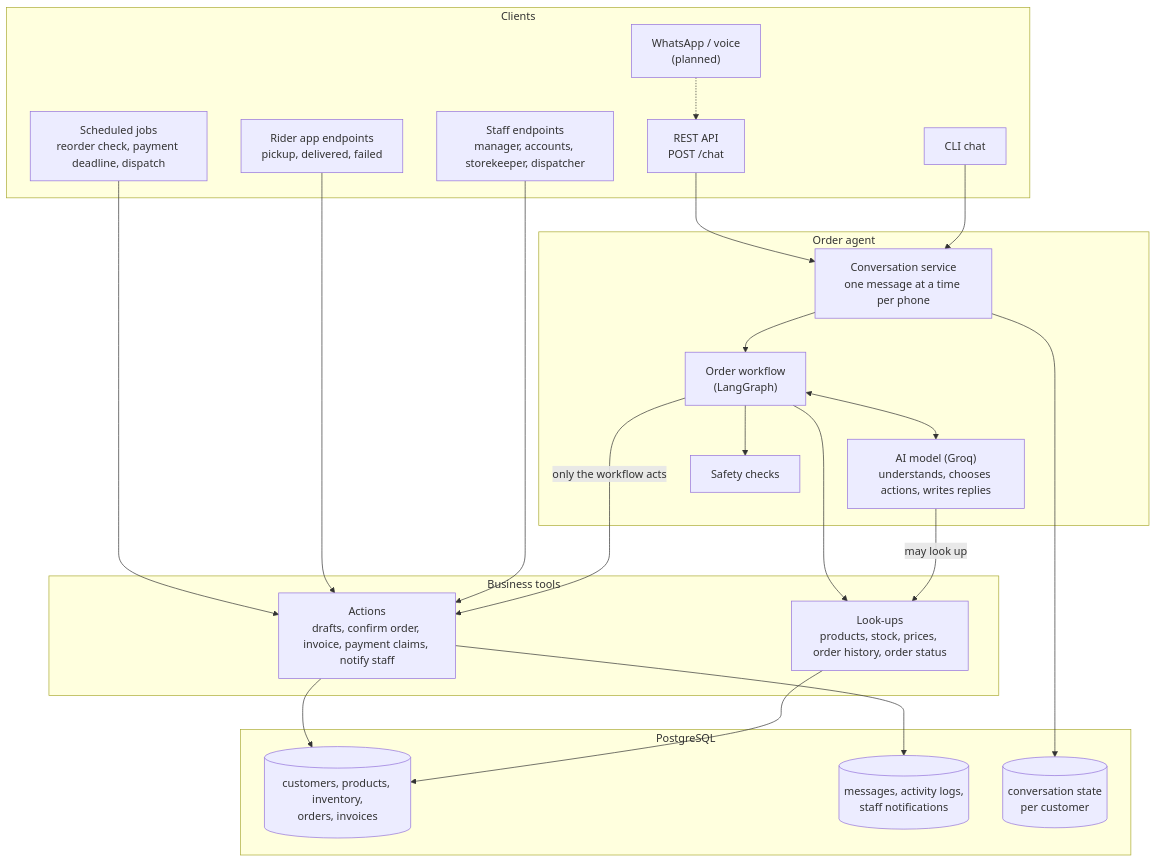
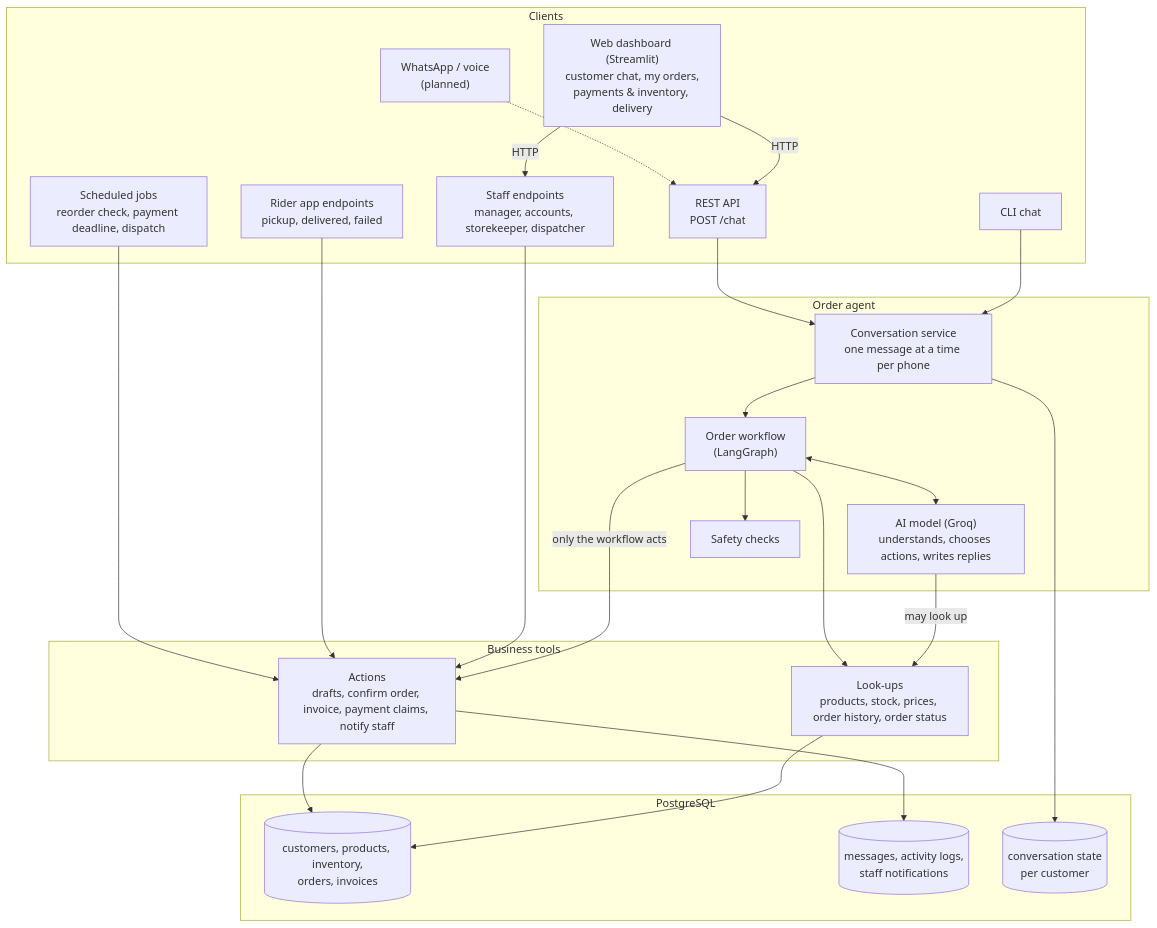
The first of 14 diagrams in README.md (Nazir-Ahmed72/bizflow-ai), drawn with Mermaid before and after one commit. The commit also changed other lines of this file and 16 other files, not shown here.

Commit message:
Streamlit dashboard: customer chat with live server trace, my orders, payments & inventory, delivery

````diff
--- a/README.md
+++ b/README.md
@@ -107,46 +107,49 @@
 ```mermaid
 flowchart TB
     subgraph Clients
+        Dash["Web dashboard (Streamlit)<br/>customer chat, my orders,<br/>payments & inventory, delivery"]
         CLI["CLI chat"]
         API["REST API<br/>POST /chat"]
         Staff["Staff endpoints<br/>manager, accounts, storekeeper, dispatcher"]
         Riders["Rider app endpoints<br/>pickup, delivered, failed"]
         Jobs["Scheduled jobs<br/>reorder check, payment deadline, dispatch"]
         Future["WhatsApp / voice<br/>(planned)"]
     end
 
     subgraph Agent["Order agent"]
         Service["Conversation service<br/>one message at a time per phone"]
         Graph["Order workflow<br/>(LangGraph)"]
         LLM["AI model (Groq)<br/>understands, chooses actions, writes replies"]
         Guards["Safety checks"]
     end
 
     subgraph Tools["Business tools"]
         Read["Look-ups<br/>products, stock, prices, order history, order status"]
         Write["Actions<br/>drafts, confirm order, invoice, payment claims, notify staff"]
     end
 
     subgraph DB["PostgreSQL"]
         Business[("customers, products, inventory,<br/>orders, invoices")]
         Audit[("messages, activity logs,<br/>staff notifications")]
         Checkpoints[("conversation state<br/>per customer")]
     end
 
+    Dash -- HTTP --> API
+    Dash -- HTTP --> Staff
     CLI --> Service
     API --> Service
     Future -.-> API
     Service --> Graph
     Graph <--> LLM
     Graph --> Guards
     LLM -- "may look up" --> Read
     Graph -- "only the workflow acts" --> Write
     Staff --> Write
     Riders --> Write
     Jobs --> Write
     Graph --> Read
     Read --> Business
     Write --> Business
     Write --> Audit
     Service --> Checkpoints
 ```
````
